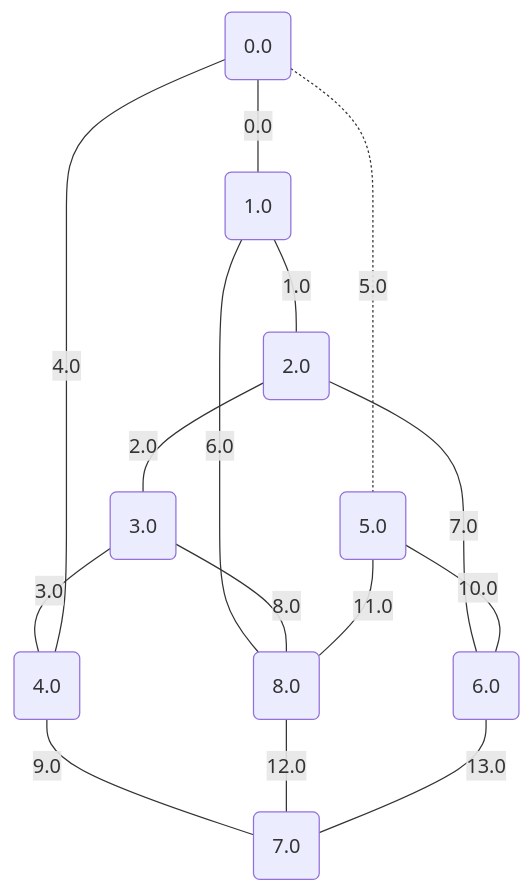
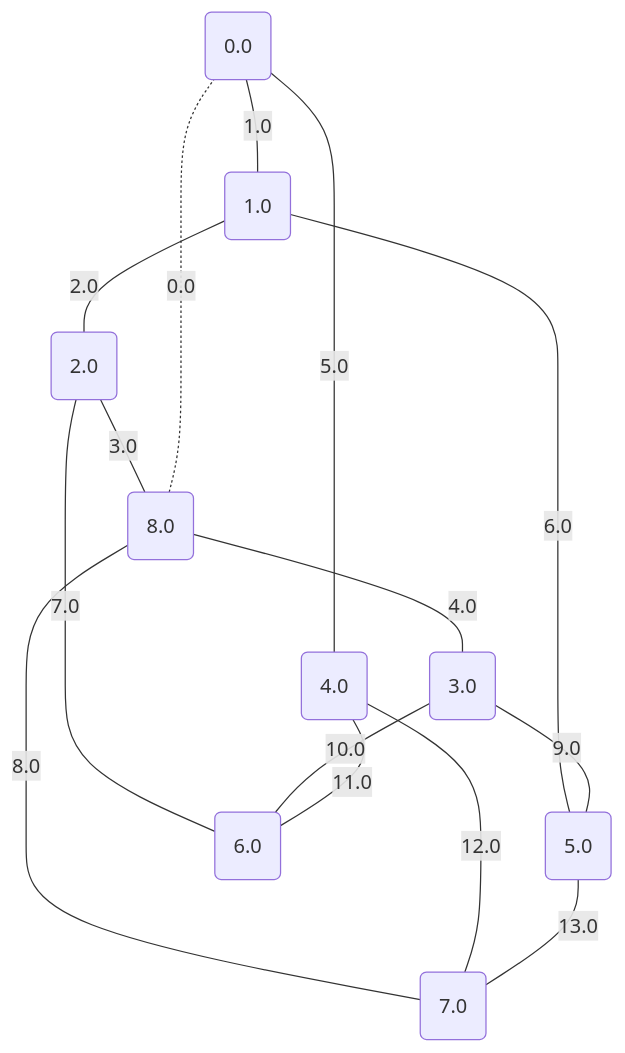
One commit to metury/graphs changed the fourth of 17 diagrams in project/src/testing/minCutPetersen.md. Above: the diagram before and after it, drawn with Mermaid. The commit also changed other lines of this file and 2 other files, not shown here.

````diff
--- a/project/src/testing/minCutPetersen.md
+++ b/project/src/testing/minCutPetersen.md
@@ -106,26 +106,26 @@
 ```mermaid
 graph TD;
 0("0.0");
 1("1.0");
 2("2.0");
 3("3.0");
 4("4.0");
 5("5.0");
 6("6.0");
 7("7.0");
 8("8.0");
-	0 -- "0.0" --- 1;
-	1 -- "1.0" --- 2;
-	2 -- "2.0" --- 3;
-	3 -- "3.0" --- 4;
-	4 -- "4.0" --- 0;
-	0 -. "5.0" -.- 5;
-	1 -- "6.0" --- 8;
+	8 -. "0.0" -.- 0;
+	0 -- "1.0" --- 1;
+	1 -- "2.0" --- 2;
+	2 -- "3.0" --- 8;
+	8 -- "4.0" --- 3;
+	0 -- "5.0" --- 4;
+	1 -- "6.0" --- 5;
 	2 -- "7.0" --- 6;
-	3 -- "8.0" --- 8;
-	4 -- "9.0" --- 7;
-	5 -- "10.0" --- 6;
-	5 -- "11.0" --- 8;
-	8 -- "12.0" --- 7;
-	6 -- "13.0" --- 7;
+	8 -- "8.0" --- 7;
+	3 -- "9.0" --- 5;
+	3 -- "10.0" --- 6;
+	4 -- "11.0" --- 6;
+	4 -- "12.0" --- 7;
+	5 -- "13.0" --- 7;
 ```
````
